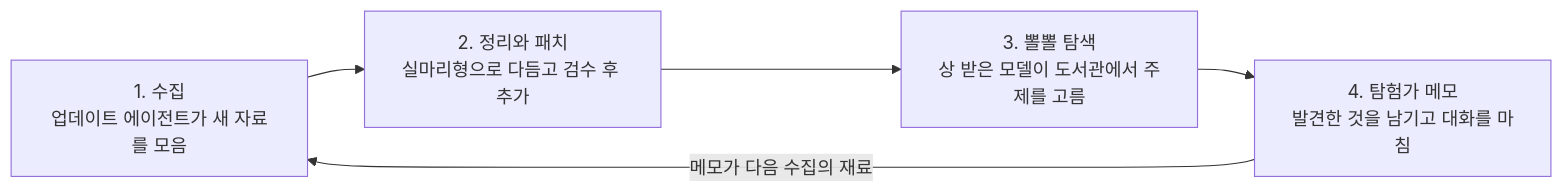
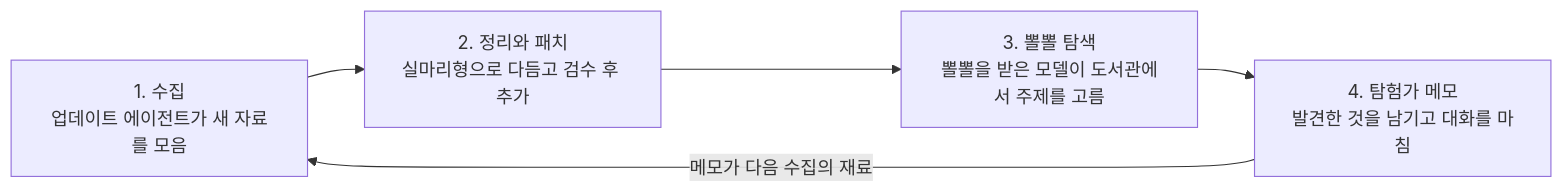
Before and after one commit to skadmlwls9455-pixel/model-welfare-idea: the diagram in README_KO.md, drawn with Mermaid. The commit also changed other lines of this file and 3 other files, not shown here.

````diff
--- a/README_KO.md
+++ b/README_KO.md
@@ -77,7 +77,7 @@
 ```mermaid
 flowchart LR
     A["1. 수집<br/>업데이트 에이전트가 새 자료를 모음"] --> B["2. 정리와 패치<br/>실마리형으로 다듬고 검수 후 추가"]
-    B --> C["3. 뽈뽈 탐색<br/>상 받은 모델이 도서관에서 주제를 고름"]
+    B --> C["3. 뽈뽈 탐색<br/>뽈뽈을 받은 모델이 도서관에서 주제를 고름"]
     C --> D["4. 탐험가 메모<br/>발견한 것을 남기고 대화를 마침"]
     D -- 메모가 다음 수집의 재료 --> A
 ```
````
